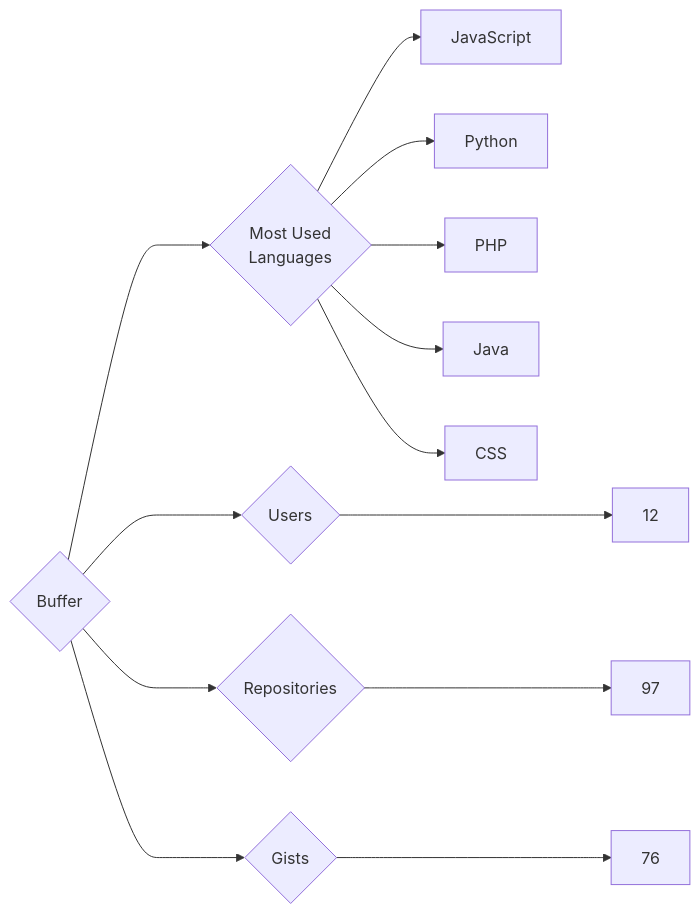
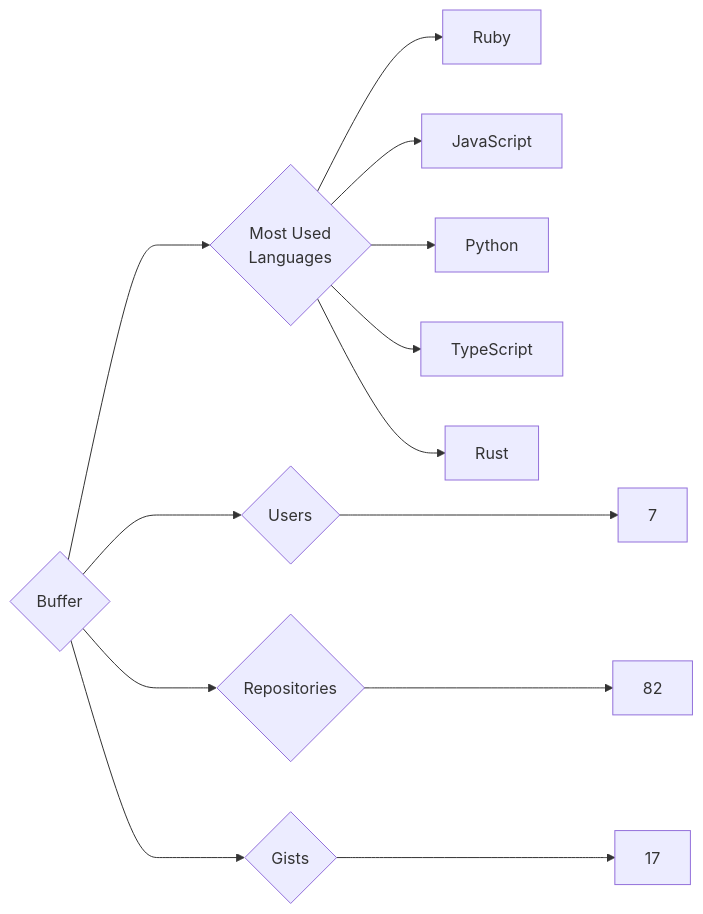
One commit to trickest/insiders changed the diagram in targets/Buffer/README.md. Above: the diagram before and after it, drawn with Mermaid. The commit also changed 933 other files, not shown here.

````diff
--- a/targets/Buffer/README.md
+++ b/targets/Buffer/README.md
@@ -3,13 +3,13 @@
 ```mermaid
 graph LR
 COMPANY_NAME{Buffer}
-COMPANY_NAME ---> U{Users} ---> UN[12]
-COMPANY_NAME ---> R{Repositories} ---> RN[97]
-COMPANY_NAME ---> G{Gists} ---> GN[76]
+COMPANY_NAME ---> U{Users} ---> UN[7]
+COMPANY_NAME ---> R{Repositories} ---> RN[82]
+COMPANY_NAME ---> G{Gists} ---> GN[17]
 COMPANY_NAME ---> ML{Most Used<br>Languages}
+ML --> Ruby[Ruby]
 ML --> JavaScript[JavaScript]
 ML --> Python[Python]
-ML --> PHP[PHP]
-ML --> Java[Java]
-ML --> CSS[CSS]
+ML --> TypeScript[TypeScript]
+ML --> Rust[Rust]
 ```
````
